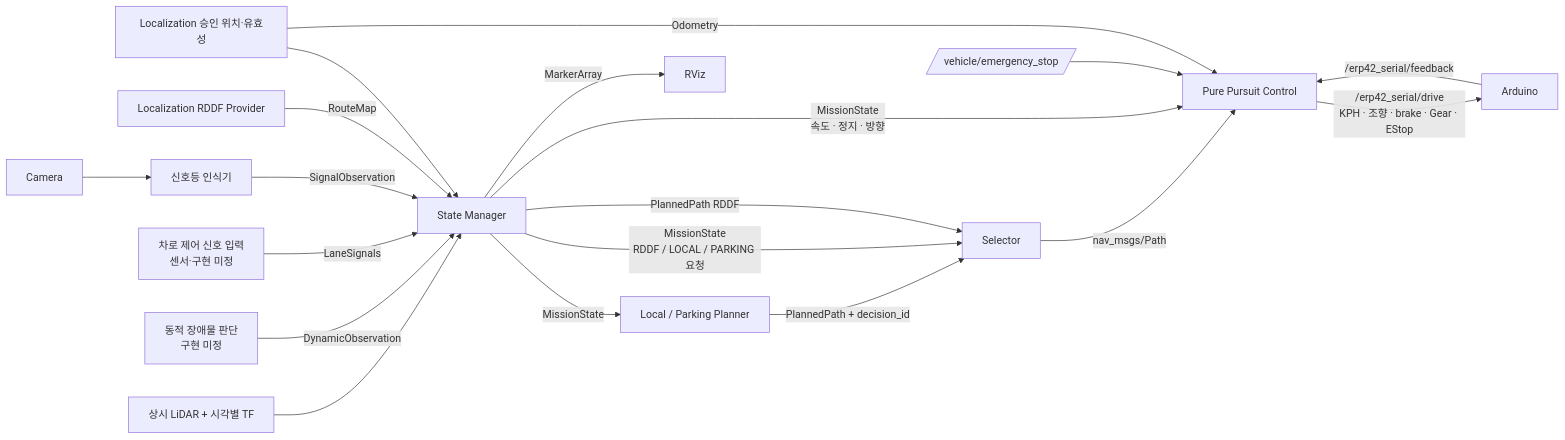
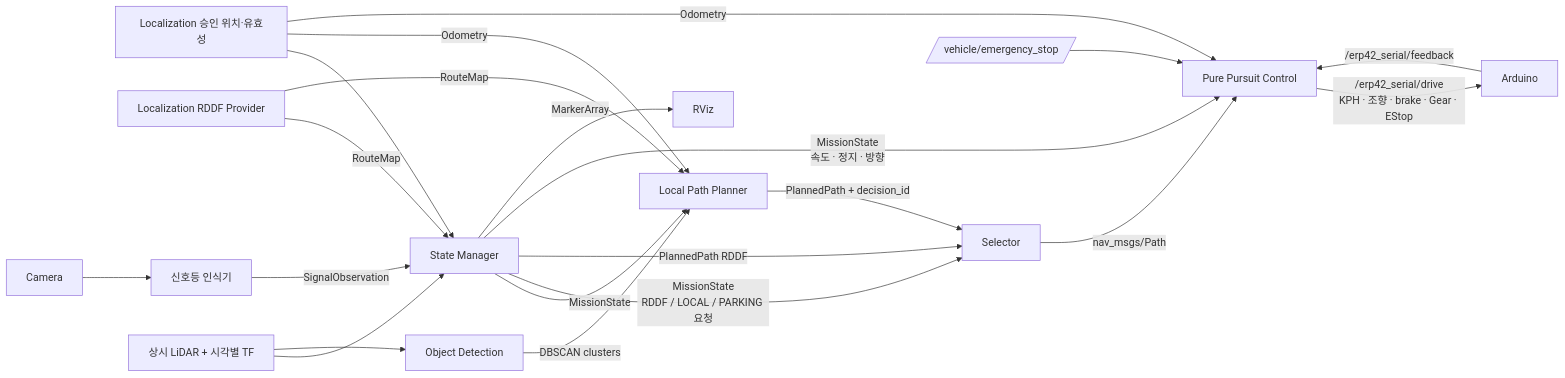
Before and after one commit to Team-Stier/HL-FMA-1-5-2026: the diagram in src/state_manager/README.md, drawn with Mermaid. The commit also changed other lines of this file and 44 other files, not shown here.

````diff
--- a/src/state_manager/README.md
+++ b/src/state_manager/README.md
@@ -17,21 +18,23 @@
 ```mermaid
 flowchart LR
   L[Localization 승인 위치·유효성] --> S[State Manager]
   R[Localization RDDF Provider] -->|RouteMap| S
   C[Camera] --> T[신호등 인식기]
   T -->|SignalObservation| S
-  LANE[차로 제어 신호 입력<br/>센서·구현 미정] -->|LaneSignals| S
-  DYN[동적 장애물 판단<br/>구현 미정] -->|DynamicObservation| S
   D[상시 LiDAR + 시각별 TF] --> S
-  S -->|MissionState| P[Local / Parking Planner]
+  D --> O[Object Detection]
+  O -->|DBSCAN clusters| P[Local Path Planner]
+  L -->|Odometry| P
+  R -->|RouteMap| P
+  S -->|MissionState| P
   S -->|MissionState<br/>RDDF / LOCAL / PARKING 요청| X[Selector]
   S -->|PlannedPath RDDF| X
   P -->|PlannedPath + decision_id| X
   X -->|nav_msgs/Path| PP[Pure Pursuit Control]
   L -->|Odometry| PP
   S -->|MissionState<br/>속도 · 정지 · 방향| PP
   E[/vehicle/emergency_stop/] --> PP
   PP -->|/erp42_serial/drive<br/>KPH · 조향 · brake · Gear · EStop| A[Arduino]
   A -->|/erp42_serial/feedback| PP
   S -->|MarkerArray| Z[RViz]
 ```
````
